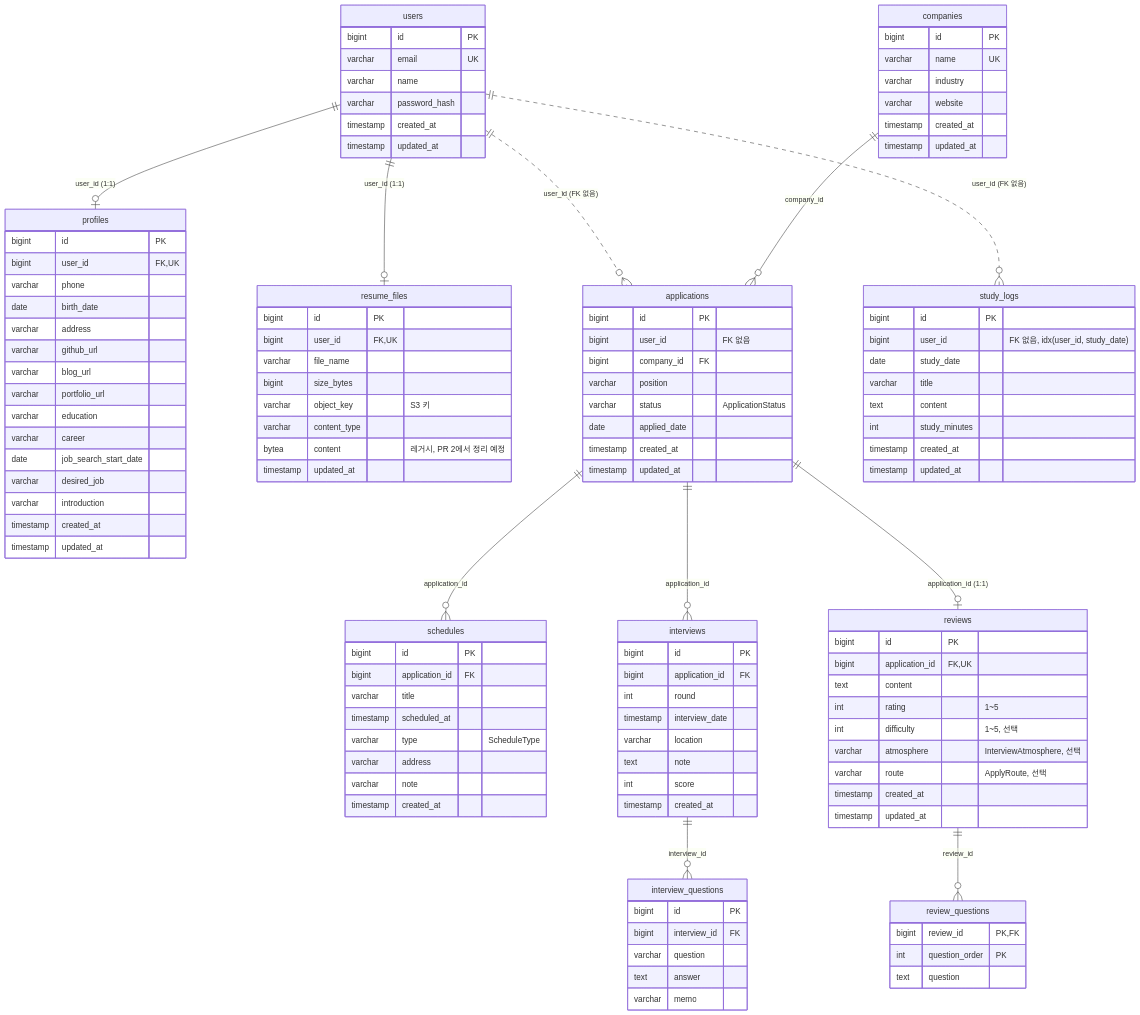
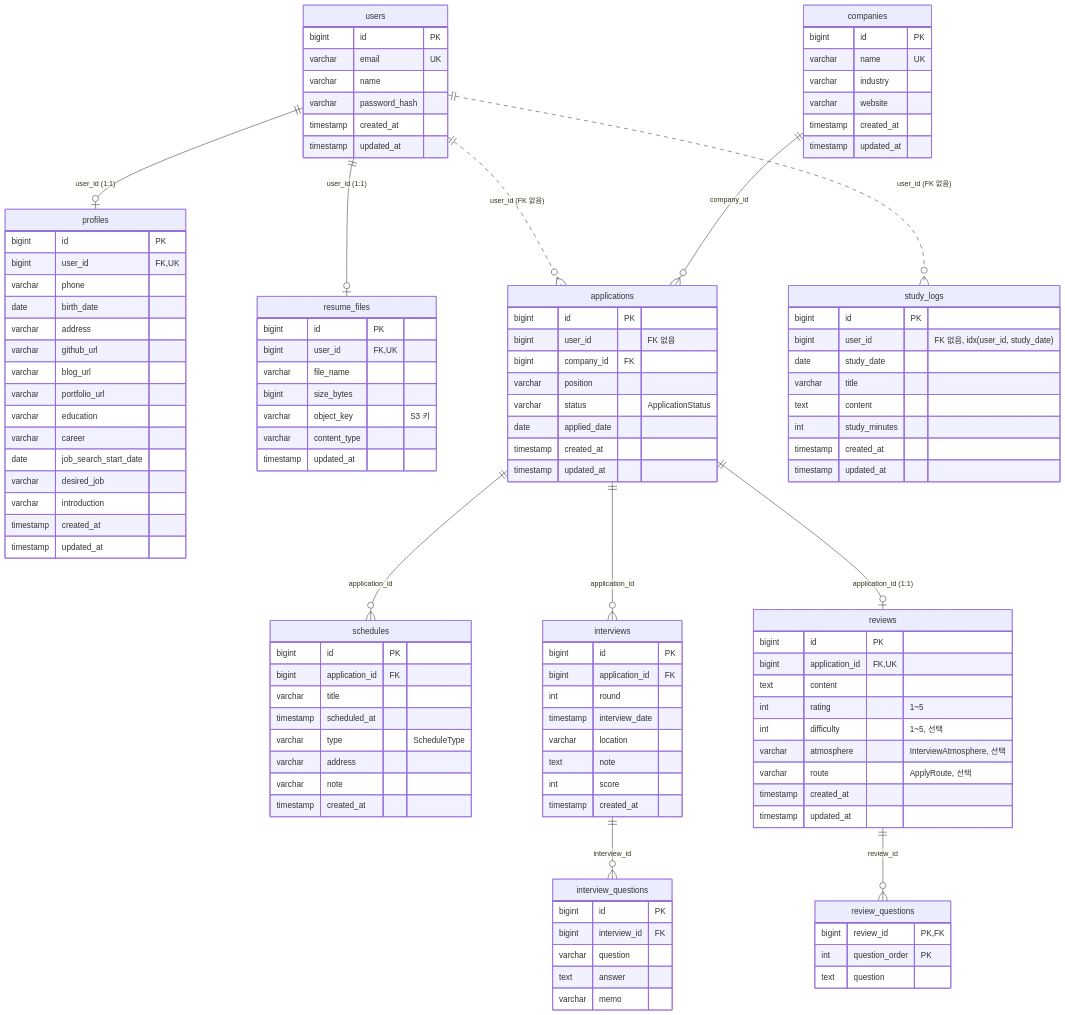
One commit to MyeongSooJang/job-tracker changed the diagram in docs/ERD.md. Above: the diagram before and after it, drawn with Mermaid. The commit also changed 9 other files, not shown here.

```diff
--- a/docs/ERD.md
+++ b/docs/ERD.md
@@ -47,7 +47,6 @@
         bigint size_bytes
         varchar object_key "S3 키"
         varchar content_type
-        bytea content "레거시, PR 2에서 정리 예정"
         timestamp updated_at
     }
     companies {
```
